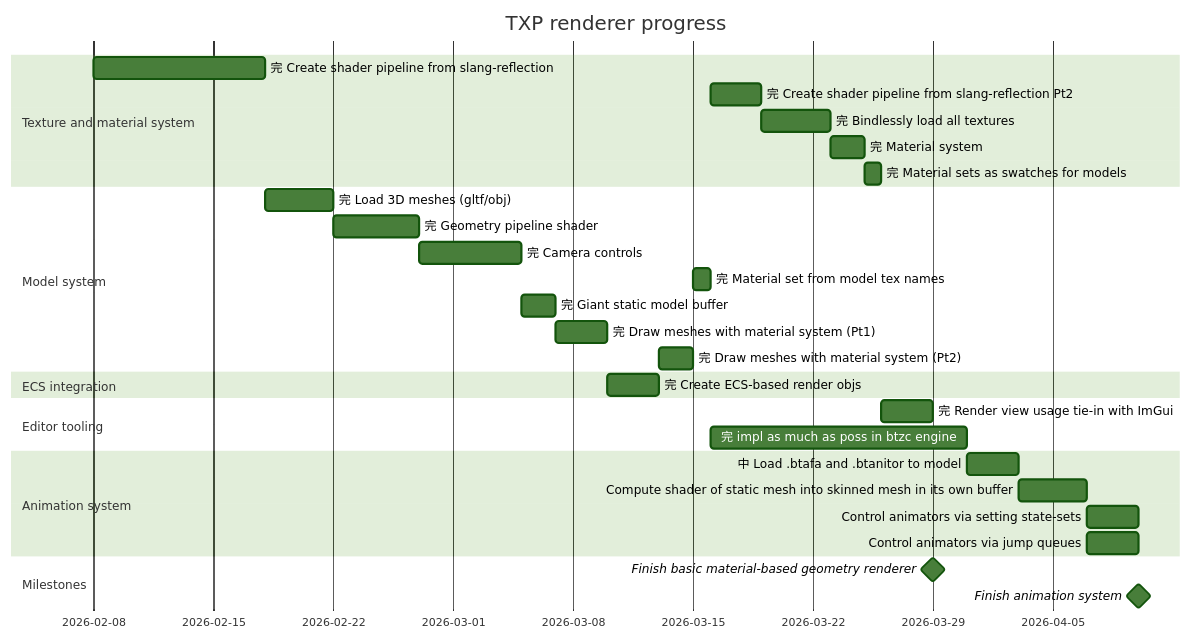
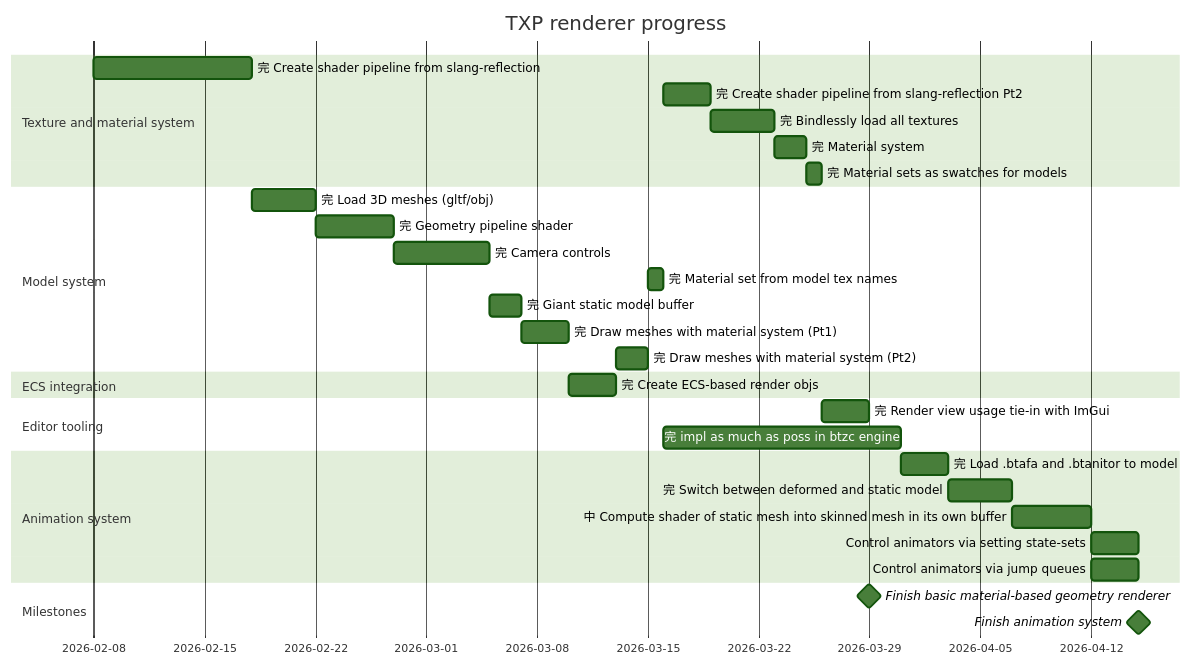
The second of 3 diagrams in README.md (TheaGal/TXP_renderer), drawn with Mermaid (forest theme) before and after one commit.

Commit message:
update timeline

````diff
--- a/README.md
+++ b/README.md
@@ -110,32 +110,33 @@
 ```mermaid
 gantt
     title TXP renderer progress
     dateFormat YYYY/MM/DD
     section Texture and material system
         完 Create shader pipeline from slang-reflection  : a1, 2026/02/08, 10d
         完 Create shader pipeline from slang-reflection Pt2  : a1_1, after a6, 3d
         完 Bindlessly load all textures          : a2, after a1_1, 4d
         完 Material system                       : a3, after a2, 2d
         完 Material sets as swatches for models  : a4, after a3, 1d
     section Model system
         完 Load 3D meshes (gltf/obj)         : a5, after a1, 4d
         完 Geometry pipeline shader          : a5_1, after a5, 5d
         完 Camera controls                  : a5_2, after a5_1, 6d
         完 Material set from model tex names : a6, after a14, 1d
         完 Giant static model buffer         : a7, after a5_2, 2d
         完 Draw meshes with material system (Pt1)  : a8, after a7, 3d
         完 Draw meshes with material system (Pt2)  : a14, after a13, 2d
     section ECS integration
         完 Create ECS-based render objs : a13, after a8, 3d
     section Editor tooling
         完 Render view usage tie-in with ImGui : a15, after a4, 3d
         完 impl as much as poss in btzc engine : a16, after a6, 15d
     section Animation system
-        中 Load .btafa and .btanitor to model : a9, after a16, 3d
-        Compute shader of static mesh into skinned mesh in its own buffer : a10, after a9, 4d
+        完 Load .btafa and .btanitor to model : a9, after a16, 3d
+        完 Switch between deformed and static model : a17, after a9, 4d
+        中 Compute shader of static mesh into skinned mesh in its own buffer : a10, after a17, 5d
         Control animators via setting state-sets : a11, after a10, 3d
         Control animators via jump queues : a12, after a10, 3d
     section Milestones
         Finish basic material-based geometry renderer : milestone, m1, after a15, 0d
         Finish animation system : milestone, m2, after a12, 0d
 ```
````
